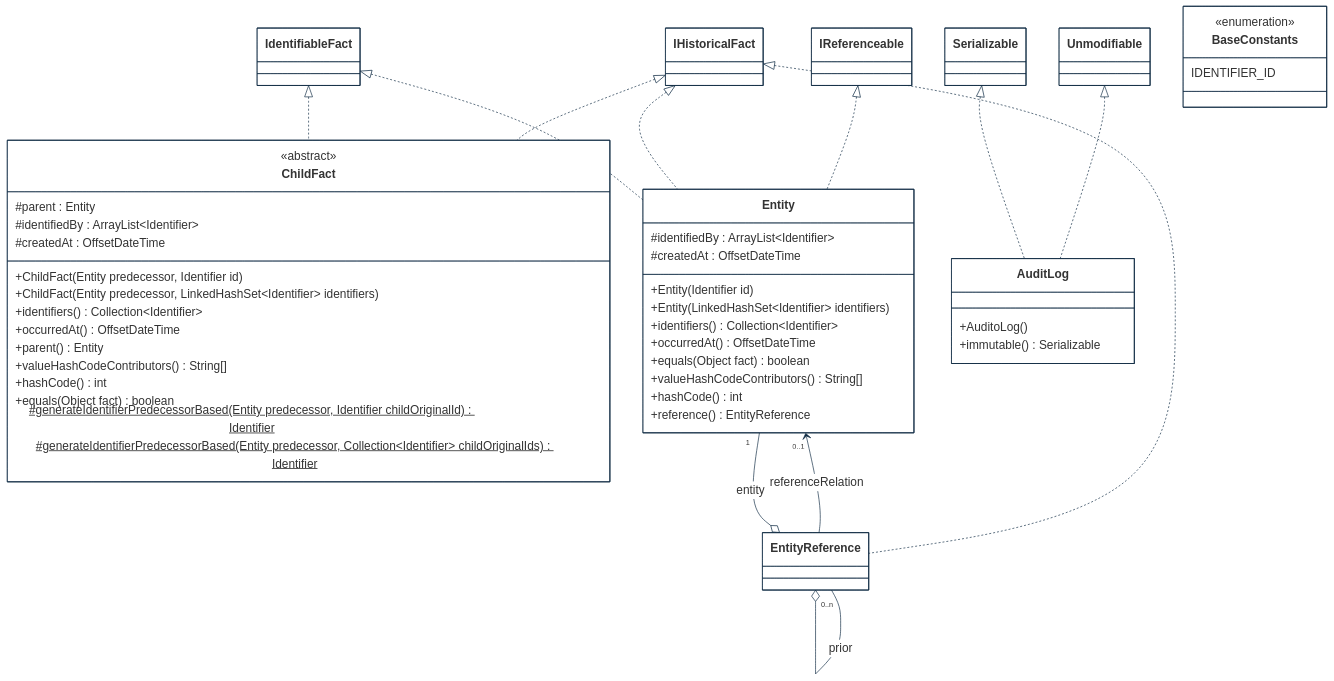
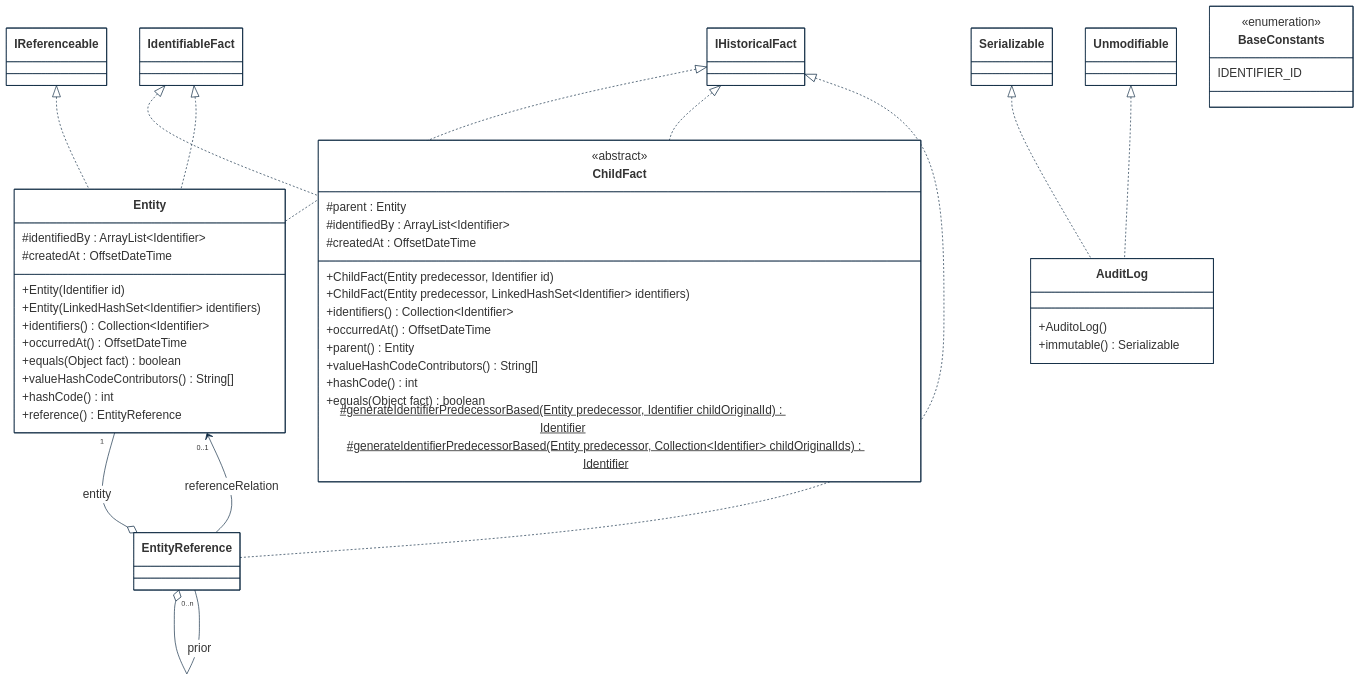
The first of 5 diagrams in implementations-line/framework/immutable/designview-packages.md (cybnity/foundation), drawn with Mermaid before and after one commit. The commit also changed other lines of this file, not shown here.

````diff
--- a/implementations-line/framework/immutable/designview-packages.md
+++ b/implementations-line/framework/immutable/designview-packages.md
@@ -35,71 +35,71 @@
 ```mermaid
 %%{
   init: {
     'theme': 'base',
     'themeVariables': {
         'background': '#ffffff',
         'fontFamily': 'arial',
         'fontSize': '18px',
         'primaryColor': '#fff',
         'primaryBorderColor': '#0e2a43',
         'secondaryBorderColor': '#0e2a43',
         'tertiaryBorderColor': '#0e2a43',
         'edgeLabelBackground':'#0e2a43',
         'lineColor': '#0e2a43',
         'tertiaryColor': '#fff'
     }
   }
 }%%
 classDiagram
+    IdentifiableFact <|.. Entity
     IHistoricalFact <|.. EntityReference
     IHistoricalFact <|.. ChildFact
     IdentifiableFact <|.. ChildFact
     Entity "0..1" <-- EntityReference : referenceRelation
     Entity "1" --o EntityReference : entity
     IReferenceable <|.. Entity
     IHistoricalFact <|.. Entity
-    IdentifiableFact <|.. Entity
     Unmodifiable <|.. AuditLog
     Serializable <|.. AuditLog
     EntityReference "0..n" --o EntityReference : prior
 
     class Entity {
         #identifiedBy : ArrayList~Identifier~
         #createdAt : OffsetDateTime
         +Entity(Identifier id)
         +Entity(LinkedHashSet~Identifier~ identifiers)
         +identifiers() Collection~Identifier~
         +occurredAt() OffsetDateTime
         +equals(Object fact) boolean
         +valueHashCodeContributors() String[]
         +hashCode() int
         +reference() EntityReference
     }
     class AuditLog {
         +AuditoLog()
         +immutable() Serializable
     }
     class ChildFact {
         <<abstract>>
         #parent : Entity
         #identifiedBy : ArrayList~Identifier~
         #createdAt : OffsetDateTime
         +ChildFact(Entity predecessor, Identifier id)
         +ChildFact(Entity predecessor, LinkedHashSet~Identifier~ identifiers)
         +identifiers() Collection~Identifier~
         +occurredAt() OffsetDateTime
         +parent() Entity
         +valueHashCodeContributors() String[]
         +hashCode() int
         +equals(Object fact) boolean
         #generateIdentifierPredecessorBased(Entity predecessor, Identifier childOriginalId)$ Identifier
         #generateIdentifierPredecessorBased(Entity predecessor, Collection~Identifier~ childOriginalIds)$ Identifier
     }
     class BaseConstants {
         <<enumeration>>
         IDENTIFIER_ID
     }
     class EntityReference {
     }
 
 ```
````
